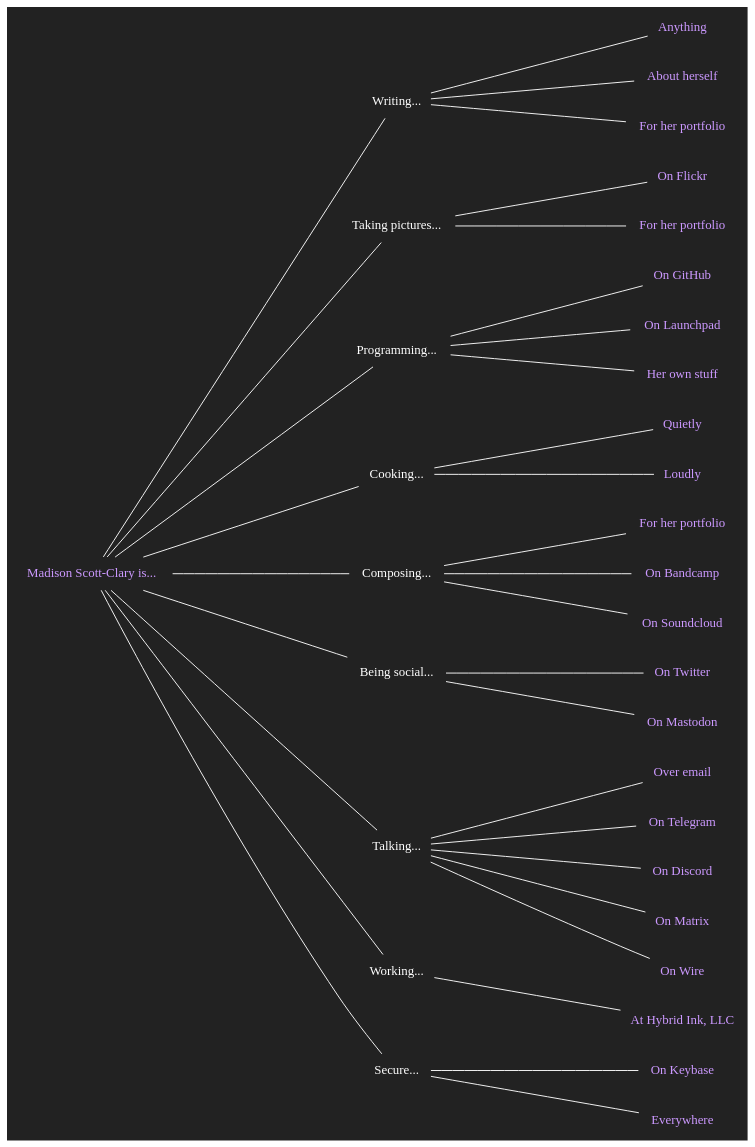
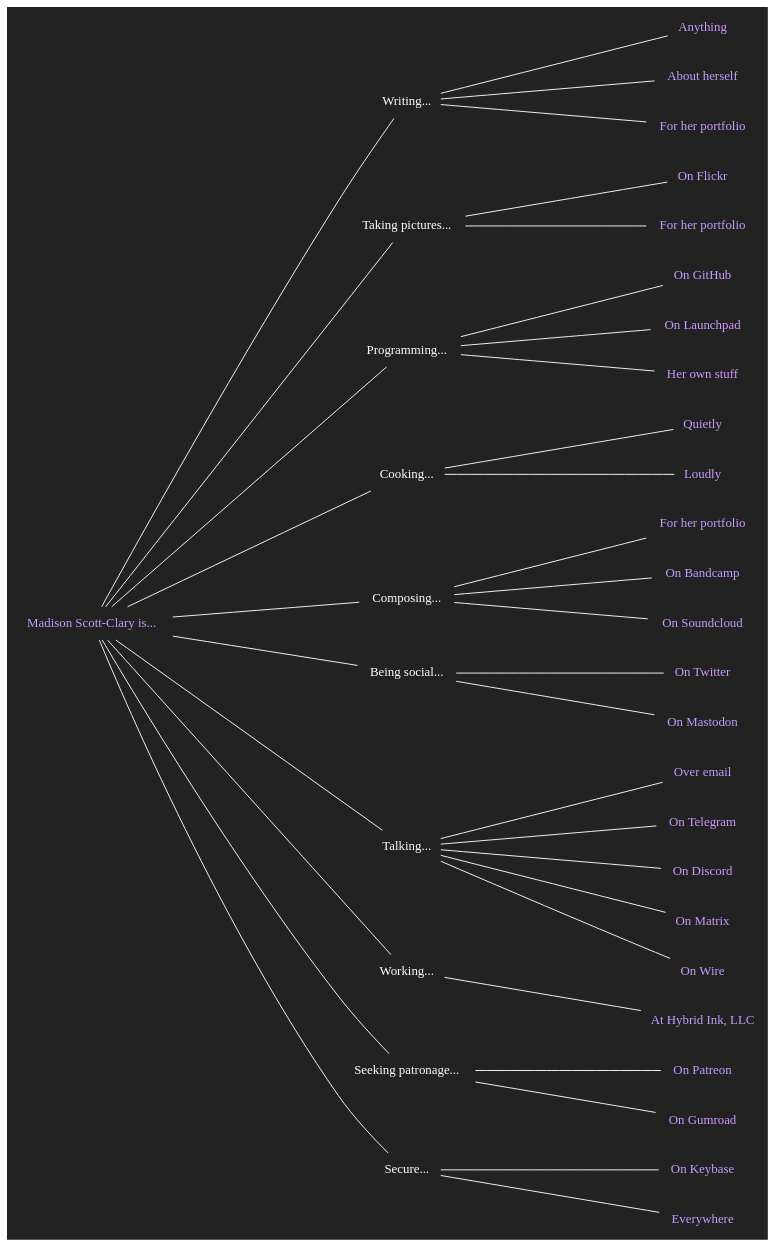
Before and after one commit to makyo/makyo.is: the diagram in is.dot, drawn with Graphviz. The commit also changed 4 other files, not shown here.

```diff
--- a/is.dot
+++ b/is.dot
@@ -1,57 +1,62 @@
 graph is {
     node[shape="none",fontcolor="#ffffff",color="#ffffff",fontname="Helvetica bold"]
     edge[color="#ffffff"]
     graph[bgcolor="#222222",label="",margin="0",rankdir="LR",ranksep=2.5]
 
     copula [label="Madison Scott-Clary is...",fontcolor="#cc99ff",href="https://drab-makyo.com?pk_campaign=source&pk_kwd=makyo.is"]
 
     writing [label="Writing..."]
     writing_anything [label="Anything",fontcolor="#cc99ff",href="https://writing.drab-makyo.com?pk_campaign=source&pk_kwd=makyo.is"]
     writing_ally [label="About herself",fontcolor="#cc99ff",href="https://ally.id?pk_campaign=source&pk_kwd=makyo.is"]
     writing_portfolio [label="For her portfolio",fontcolor="#cc99ff",href="https://makyo.ink?pk_campaign=source&pk_kwd=makyo.is"]
     copula -- writing -- { writing_anything, writing_ally, writing_portfolio }
 
     photography [label="Taking pictures..."]
     photography_flickr [label="On Flickr",fontcolor="#cc99ff",href="https://flickr.com/photos/ranna"]
     photography_portfolio [label="For her portfolio",fontcolor="#cc99ff",href="https://makyo.photography"]
     copula -- photography -- { photography_flickr, photography_portfolio }
 
     programming [label="Programming..."]
     programming_github [label="On GitHub",fontcolor="#cc99ff",href="https://github.com/makyo"]
     programming_launchpad [label="On Launchpad",fontcolor="#cc99ff",href="https://launchpad.net/~makyo"]
     programming_personal [label="Her own stuff",fontcolor="#cc99ff",href="https://makyo.dev"]
     copula -- programming -- { programming_github, programming_launchpad, programming_personal }
 
     cooking [label="Cooking..."]
     cooking_quietly [label="Quietly",fontcolor="#cc99ff",href="https://makyo.cooking?pk_campaign=source&pk_kwd=makyo.is"]
     cooking_loudly [label="Loudly",fontcolor="#cc99ff",href="https://mealtime.with.maddypa.ws?pk_campaign=source&pk_kwd=makyo.is"]
     copula -- cooking -- { cooking_quietly, cooking_loudly }
 
     composing [label="Composing..."]
     composing_portfolio [label="For her portfolio",fontcolor="#cc99ff",href="https://sounds.drab-makyo.com?pk_campaign=source&pk_kwd=makyo.is"]
     composing_bandcamp [label="On Bandcamp",fontcolor="#cc99ff",href="https://drab-makyo.bandcamp.com"]
     composing_soundcloud [label="On Soundcloud",fontcolor="#cc99ff",href="https://soundcloud.com/drabmakyo"]
     copula -- composing -- { composing_portfolio, composing_bandcamp, composing_soundcloud }
 
     social [label="Being social..."]
     social_twitter [label="On Twitter",fontcolor="#cc99ff",href="https://twitter.com/drab_makyo"]
     social_mastodon [label="On Mastodon",fontcolor="#cc99ff",href="https://snouts.online/@makyo"]
     copula -- social -- { social_twitter, social_mastodon }
 
     talking [label="Talking..."]
     talking_email [label="Over email",fontcolor="#cc99ff",href="mailto:makyo@drab-makyo.com"]
     talking_telegram [label="On Telegram",fontcolor="#cc99ff",href="https://t.me/DrabMakyo"]
     talking_discord [label="On Discord",fontcolor="#cc99ff",href="/discord",title="Makyo#7093"]
     talking_matrix [label="On Matrix",fontcolor="#cc99ff",href="https://matrix.to/#/@makyo:drab-makyo.com"]
     talking_wire [label="On Wire",fontcolor="#cc99ff",href="/wire",title="@makyo"]
     copula -- talking -- { talking_email, talking_telegram, talking_discord, talking_matrix, talking_wire }
 
     working [label="Working..."]
     working_hybrid [label="At Hybrid Ink, LLC",fontcolor="#cc99ff",href="https://hybrid.ink?pk_campaign=source&pk_kwd=makyo.is"]
     copula -- working -- { working_hybrid }
 
+    patron [label="Seeking patronage..."]
+    patron_patreon [label="On Patreon",fontcolor="#cc99ff",href="https://patreon.com/makyo"]
+    patron_gumroad [label="On Gumroad",fontcolor="#cc99ff",href="https://gum.co/makyo-patronage"]
+    copula -- patron -- { patron_patreon, patron_gumroad }
+
     secure [label="Secure..."]
     secure_keybase [label="On Keybase",fontcolor="#cc99ff",href="https://keybase.io/makyo"]
     secure_everywhere [label="Everywhere",fontcolor="#cc99ff",href="https://drab-makyo.com/pgp"]
     copula -- secure -- { secure_everywhere, secure_keybase }
 }
```
